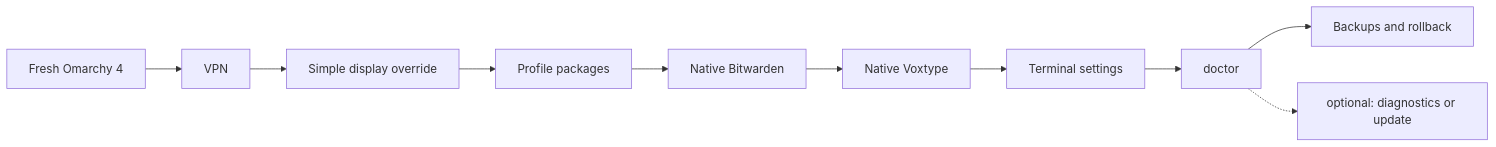
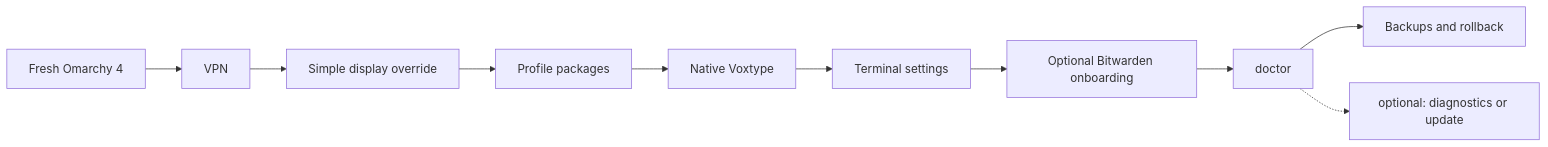
Before and after one commit to shubinlab/zenbook-omarchy: the diagram in wiki/README.md, drawn with Mermaid. The commit also changed 11 other files, not shown here.

Commit message:
Add ADHD-friendly optional Bitwarden onboarding

````diff
--- a/wiki/README.md
+++ b/wiki/README.md
@@ -31,12 +31,12 @@
 ```mermaid
 flowchart LR
   A[Fresh Omarchy 4] --> B[VPN]
   B --> C[Simple display override]
   C --> D[Profile packages]
-  D --> E[Native Bitwarden]
-  E --> F[Native Voxtype]
-  F --> G[Terminal settings]
+  D --> E[Native Voxtype]
+  E --> F[Terminal settings]
+  F --> G[Optional Bitwarden onboarding]
   G --> H[doctor]
   H --> I[Backups and rollback]
   H -.-> J[optional: diagnostics or update]
 ```
````
